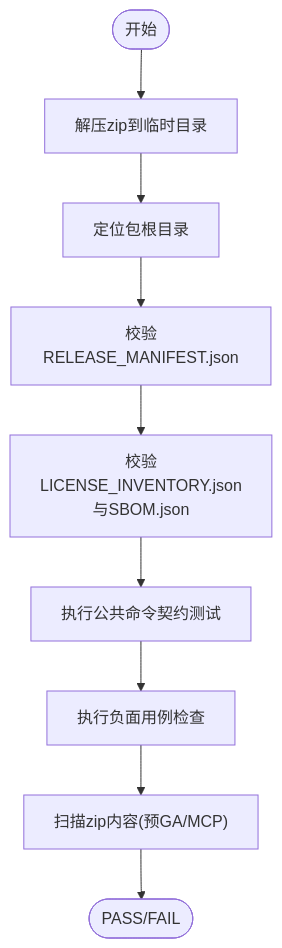
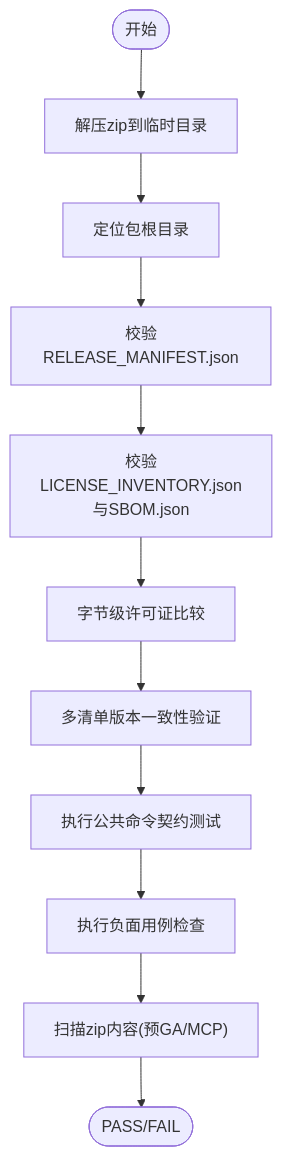
Before and after one commit to haolange/RDC-Tool: the seventh of 9 diagrams in .qoder/repowiki/zh/content/部署和发布/发布打包.md, drawn with Mermaid. The commit also changed other lines of this file and 53 other files, not shown here.

````diff
--- a/.qoder/repowiki/zh/content/部署和发布/发布打包.md
+++ b/.qoder/repowiki/zh/content/部署和发布/发布打包.md
@@ -223,11 +286,13 @@
 ```mermaid
 flowchart TD
 VStart(["开始"]) --> Unzip["解压zip到临时目录"]
 Unzip --> Root["定位包根目录"]
 Root --> Manifest["校验RELEASE_MANIFEST.json"]
 Manifest --> Lic["校验LICENSE_INVENTORY.json与SBOM.json"]
-Lic --> Contract["执行公共命令契约测试"]
+Lic --> ByteCompare["字节级许可证比较"]
+ByteCompare --> VersionCheck["多清单版本一致性验证"]
+VersionCheck --> Contract["执行公共命令契约测试"]
 Contract --> Negative["执行负面用例检查"]
 Negative --> Scan["扫描zip内容(预GA/MCP)"]
 Scan --> VEnd(["PASS/FAIL"])
 ```
````
